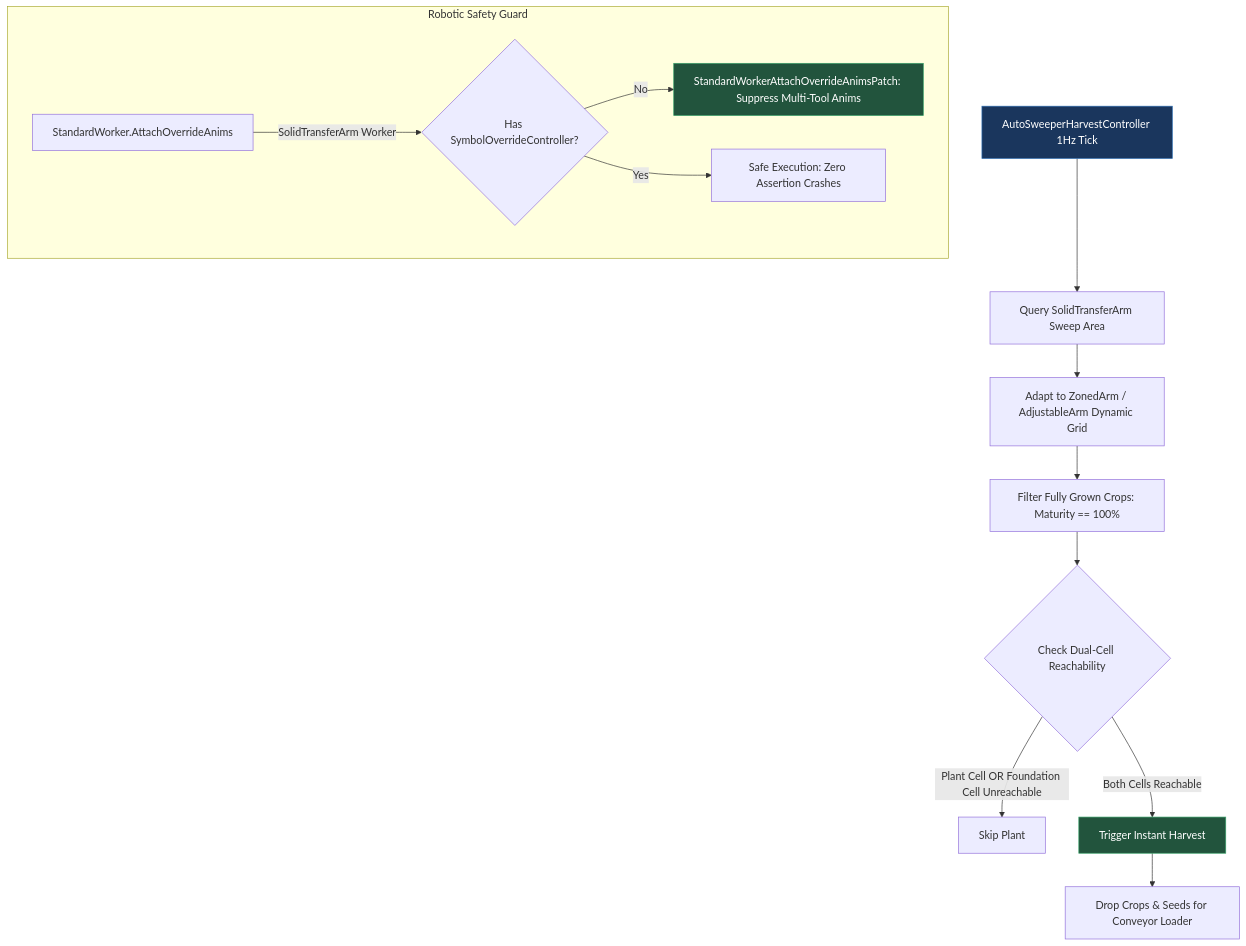
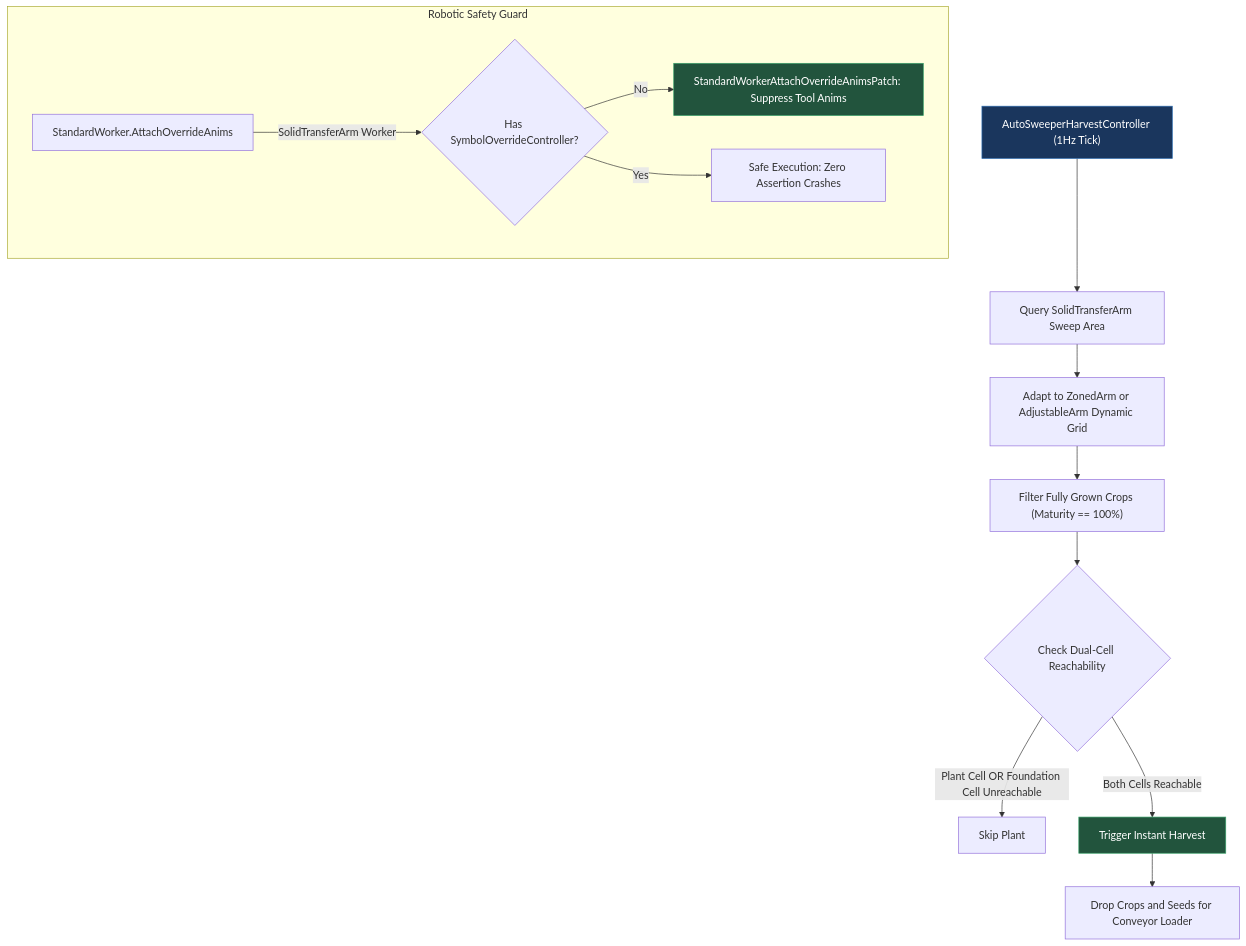
One commit to Eurekalo/Automatic_Industry changed the fifth of 5 diagrams in wiki/Automated-Buildings-Logic.md. Above: the diagram before and after it, drawn with Mermaid. The commit also changed other lines of this file and 5 other files, not shown here.

Commit message:
docs(wiki): fix Mermaid diagram syntax and quoting for GitHub renderer

````diff
--- a/wiki/Automated-Buildings-Logic.md
+++ b/wiki/Automated-Buildings-Logic.md
@@ -267,20 +267,20 @@
 ```mermaid
 flowchart TD
-    A[AutoSweeperHarvestController 1Hz Tick] --> B[Query SolidTransferArm Sweep Area]
-    B --> C[Adapt to ZonedArm / AdjustableArm Dynamic Grid]
-    C --> D[Filter Fully Grown Crops: Maturity == 100%]
-    D --> E{Check Dual-Cell Reachability}
-    E -->|Plant Cell OR Foundation Cell Unreachable| F[Skip Plant]
-    E -->|Both Cells Reachable| G[Trigger Instant Harvest]
-    G --> H[Drop Crops & Seeds for Conveyor Loader]
+    A["AutoSweeperHarvestController (1Hz Tick)"] --> B["Query SolidTransferArm Sweep Area"]
+    B --> C["Adapt to ZonedArm or AdjustableArm Dynamic Grid"]
+    C --> D["Filter Fully Grown Crops (Maturity == 100%)"]
+    D --> E{"Check Dual-Cell Reachability"}
+    E -->|Plant Cell OR Foundation Cell Unreachable| F["Skip Plant"]
+    E -->|Both Cells Reachable| G["Trigger Instant Harvest"]
+    G --> H["Drop Crops and Seeds for Conveyor Loader"]
     
-    subgraph Robotic Safety Guard
-        I[StandardWorker.AttachOverrideAnims] -->|SolidTransferArm Worker| J{Has SymbolOverrideController?}
-        J -->|No| K[StandardWorkerAttachOverrideAnimsPatch: Suppress Multi-Tool Anims]
-        J -->|Yes| L[Safe Execution: Zero Assertion Crashes]
+    subgraph RoboticSafety ["Robotic Safety Guard"]
+        I["StandardWorker.AttachOverrideAnims"] -->|SolidTransferArm Worker| J{"Has SymbolOverrideController?"}
+        J -->|No| K["StandardWorkerAttachOverrideAnimsPatch: Suppress Tool Anims"]
+        J -->|Yes| L["Safe Execution: Zero Assertion Crashes"]
     end
 
     style A fill:#1a365d,stroke:#2b6cb0,color:#fff
     style G fill:#22543d,stroke:#38a169,color:#fff
     style K fill:#22543d,stroke:#38a169,color:#fff
 ```
````
